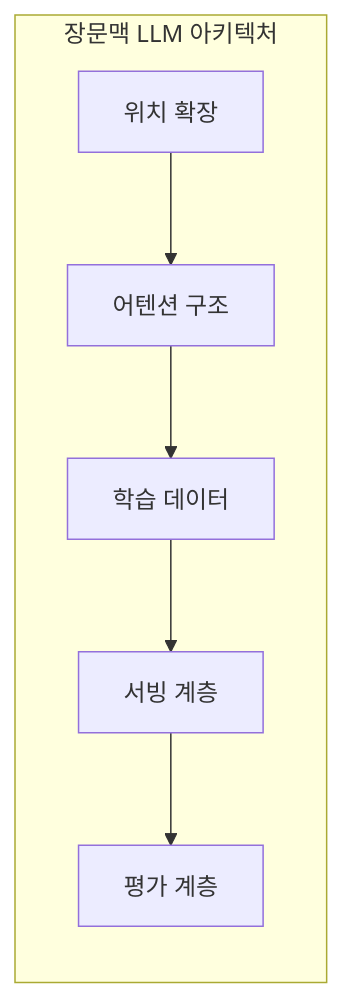
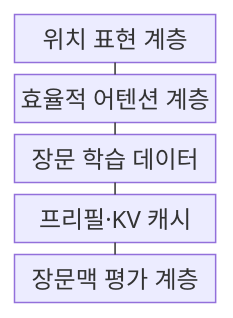
Before and after one commit to agnusdei1207/knowledge-base: the first of 2 diagrams in src/content/docs/notes/08-latest-tech/034_long_context_llm.md, drawn with Mermaid. The commit also changed other lines of this file and 26 other files, not shown here.

````diff
--- a/src/content/docs/notes/08-latest-tech/034_long_context_llm.md
+++ b/src/content/docs/notes/08-latest-tech/034_long_context_llm.md
@@ -49,9 +62,13 @@
 ```mermaid
-flowchart LR
-    subgraph LCL[장문맥 LLM 아키텍처]
-        A[위치 확장] --> B[어텐션 구조]
-        B --> C[학습 데이터]
-        C --> D[서빙 계층]
-        D --> E[평가 계층]
-    end
+block-beta
+  columns 1
+  A["위치 표현 계층"]
+  B["효율적 어텐션 계층"]
+  C["장문 학습 데이터"]
+  D["프리필·KV 캐시"]
+  E["장문맥 평가 계층"]
+  A --- B
+  B --- C
+  C --- D
+  D --- E
 ```
````
